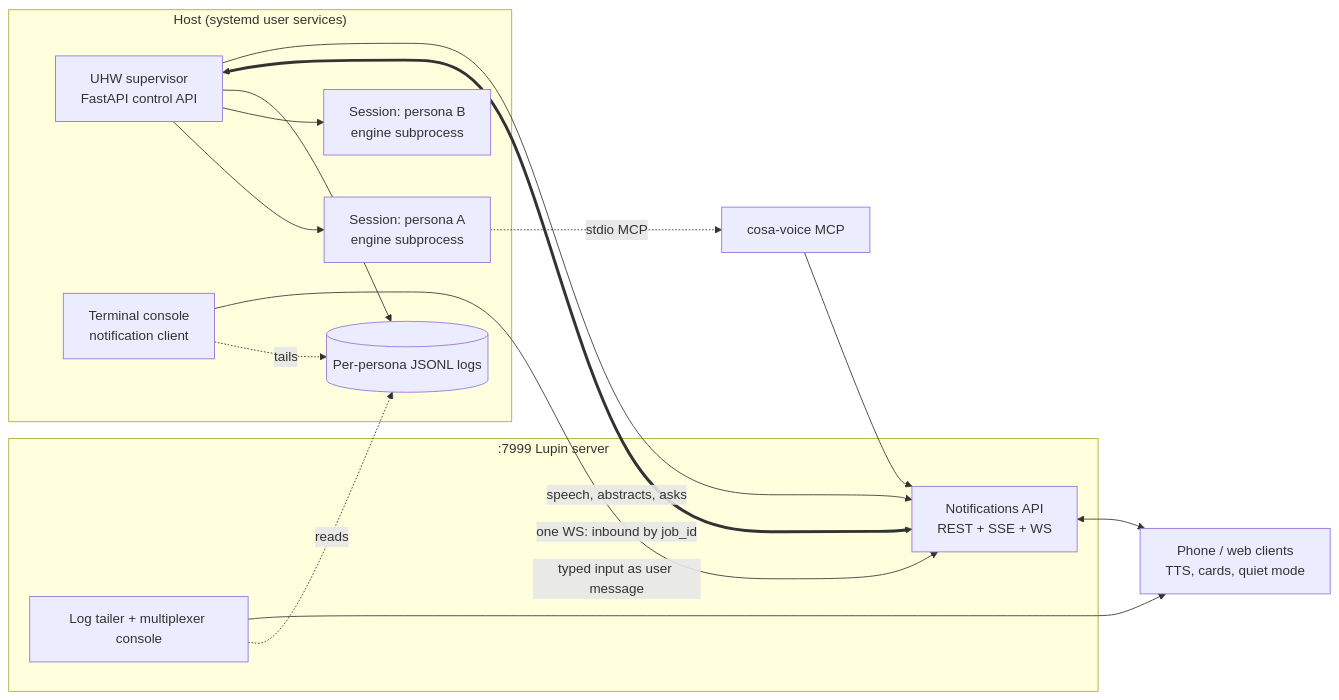
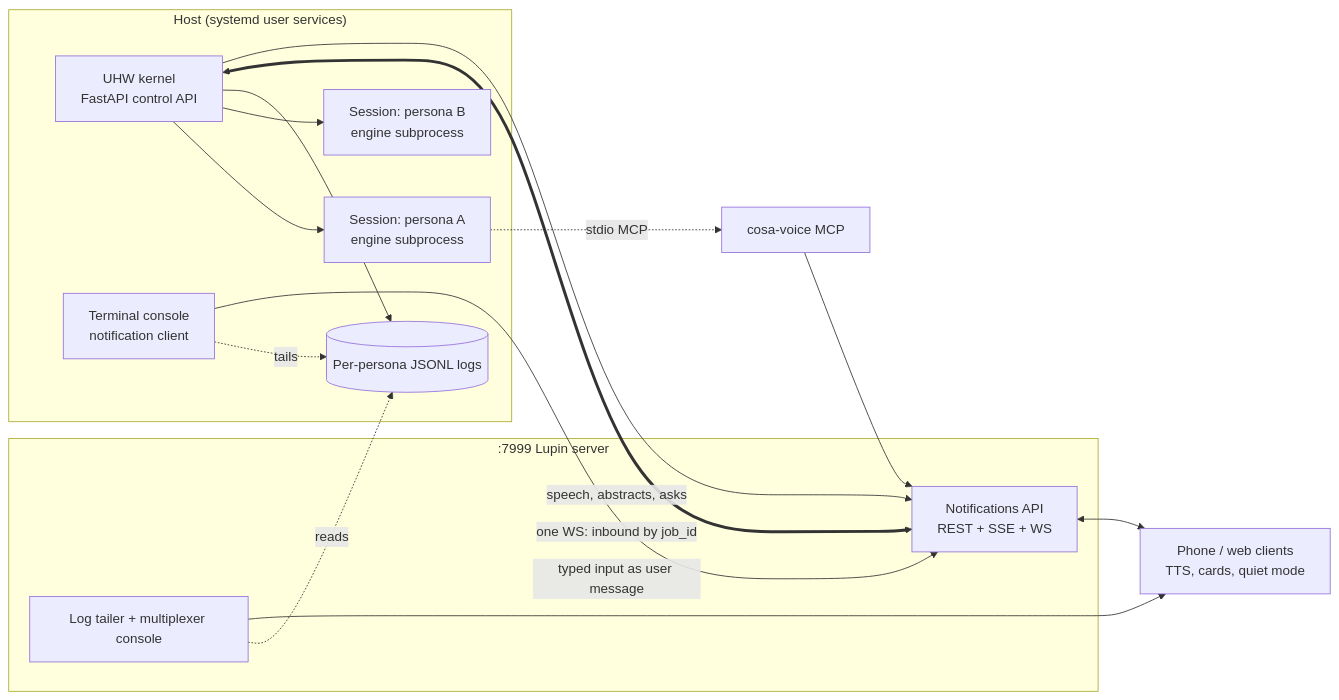
One commit to deepily/unified-headless-wrapper changed the first of 6 diagrams in src/rnd/v0.0.1/2026.10.14-uhw-implementation-planning-framework.md. Above: the diagram before and after it, drawn with Mermaid. The commit also changed other lines of this file and 5 other files, not shown here.

````diff
--- a/src/rnd/v0.0.1/2026.10.14-uhw-implementation-planning-framework.md
+++ b/src/rnd/v0.0.1/2026.10.14-uhw-implementation-planning-framework.md
@@ -107,23 +110,23 @@
 ```mermaid
 flowchart LR
     subgraph Host["Host (systemd user services)"]
-        SUP["UHW supervisor<br/>FastAPI control API"]
+        SUP["UHW kernel<br/>FastAPI control API"]
         SUP --> S1["Session: persona A<br/>engine subprocess"]
         SUP --> S2["Session: persona B<br/>engine subprocess"]
         SUP --> LOG[("Per-persona JSONL logs")]
         CON["Terminal console<br/>notification client"] -. tails .-> LOG
     end
     subgraph Server[":7999 Lupin server"]
         NAPI["Notifications API<br/>REST + SSE + WS"]
         TAIL["Log tailer + multiplexer console"]
     end
     PHONE["Phone / web clients<br/>TTS, cards, quiet mode"]
     SUP <== "one WS: inbound by job_id" ==> NAPI
     SUP -- "speech, abstracts, asks" --> NAPI
     CON -- "typed input as user message" --> NAPI
     NAPI <--> PHONE
     TAIL -. reads .-> LOG
     TAIL --> PHONE
     S1 -. "stdio MCP" .-> MCP["cosa-voice MCP"]
     MCP --> NAPI
 ```
````
